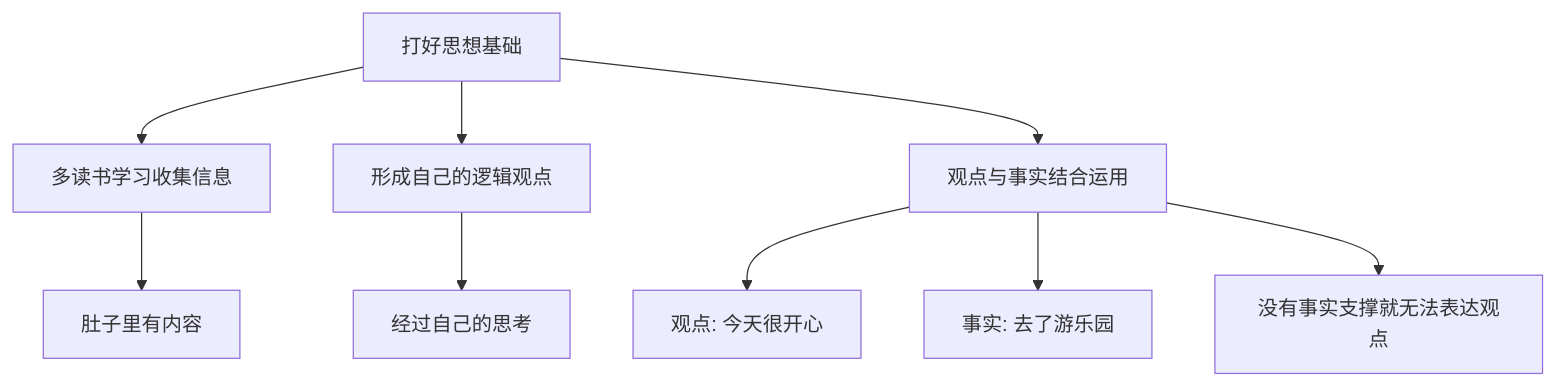
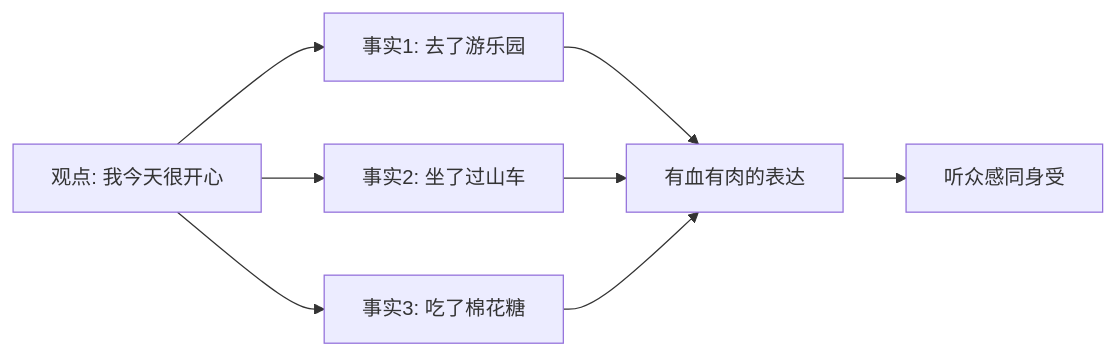
Before and after one commit to chongyang211/YCBookBlog: the seventh of 11 diagrams in 10.自我进阶提升书/06.语言沟通的演进/6.1语言底蕴的提升.md, drawn with Mermaid. The commit also changed other lines of this file and 8 other files, not shown here.

````diff
--- a/10.自我进阶提升书/06.语言沟通的演进/6.1语言底蕴的提升.md
+++ b/10.自我进阶提升书/06.语言沟通的演进/6.1语言底蕴的提升.md
@@ -171,11 +231,10 @@
 ```mermaid
-graph TD
-    A[打好思想基础] --> B[多读书学习收集信息]
-    A --> C[形成自己的逻辑观点]
-    A --> D[观点与事实结合运用]
-    B --> B1[肚子里有内容]
-    C --> C1[经过自己的思考]
-    D --> D1[观点: 今天很开心]
-    D --> D2[事实: 去了游乐园]
-    D --> D3[没有事实支撑就无法表达观点]
+graph LR
+    A[观点: 我今天很开心] --> B[事实1: 去了游乐园]
+    A --> C[事实2: 坐了过山车]
+    A --> D[事实3: 吃了棉花糖]
+    B --> E[有血有肉的表达]
+    C --> E
+    D --> E
+    E --> F[听众感同身受]
 ```
````
